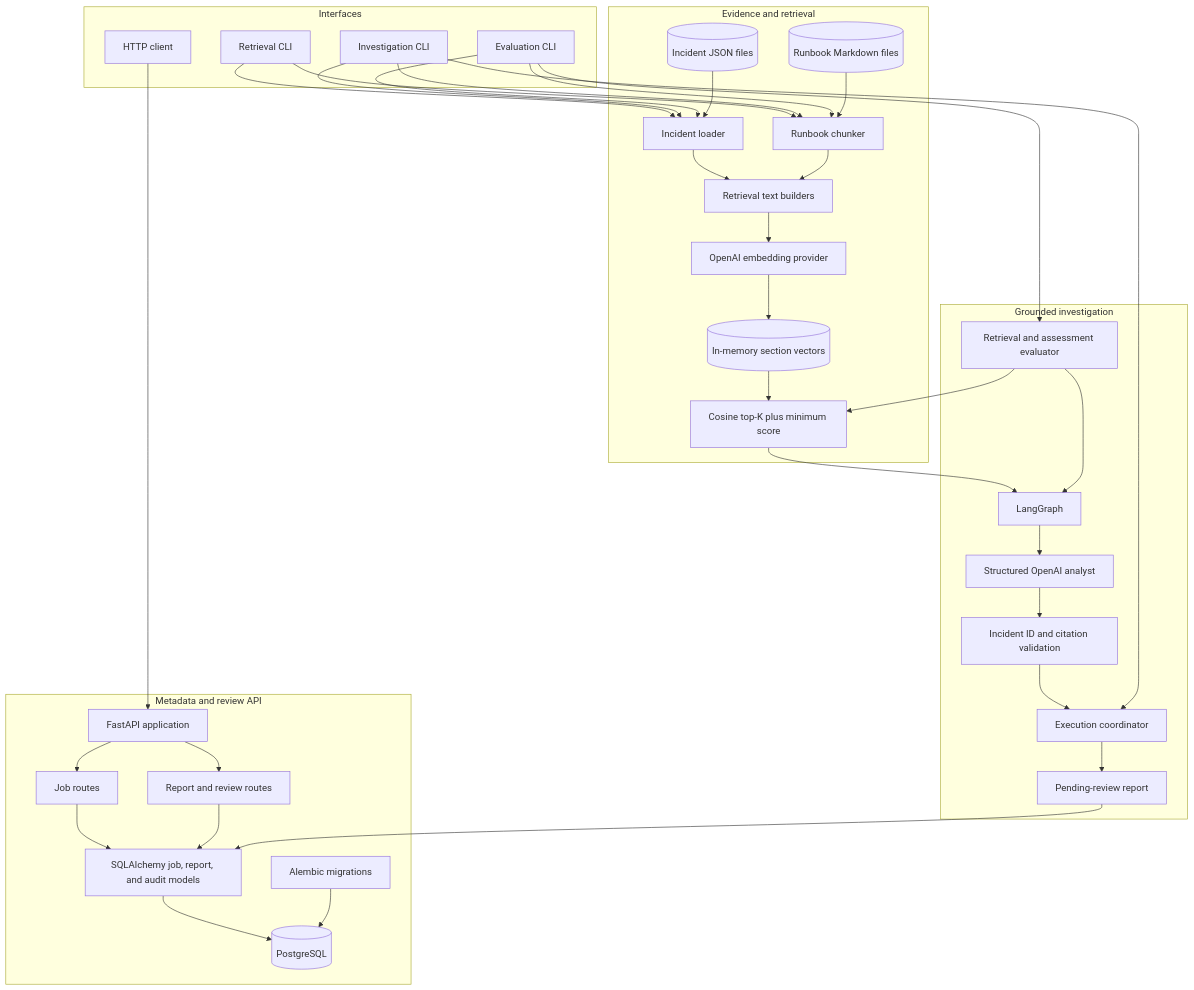
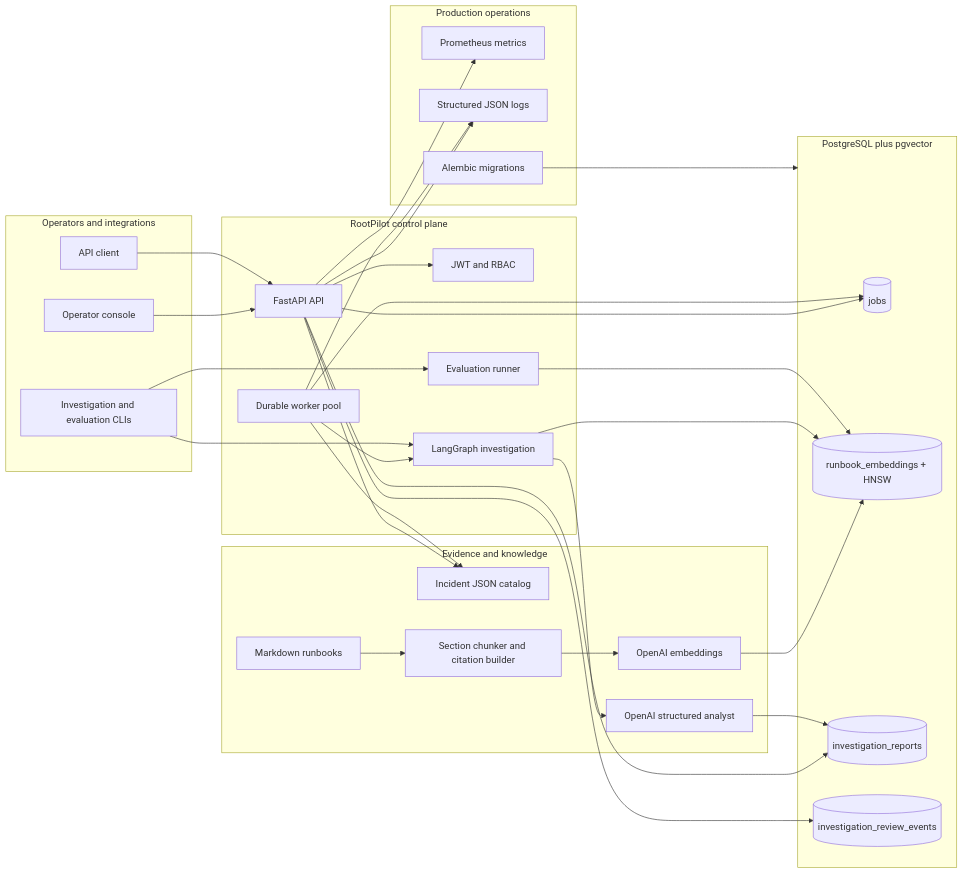
One commit to shreyas671/RootPilot changed the first of 3 diagrams in README.md. Above: the diagram before and after it, drawn with Mermaid. The commit also changed other lines of this file and 103 other files, not shown here.

Commit message:
Complete production RootPilot platform

````diff
--- a/README.md
+++ b/README.md
@@ -188,70 +48,61 @@
 ```mermaid
-flowchart TD
-    subgraph Interfaces[Interfaces]
-        HTTP[HTTP client]
-        RCLI[Retrieval CLI]
-        ICLI[Investigation CLI]
-        ECLI[Evaluation CLI]
+flowchart LR
+    subgraph Users[Operators and integrations]
+        UI[Operator console]
+        CLIENT[API client]
+        CLI[Investigation and evaluation CLIs]
     end
 
-    subgraph Metadata[Metadata and review API]
-        API[FastAPI application]
-        JOBAPI[Job routes]
-        REPORTAPI[Report and review routes]
-        ORM[SQLAlchemy job, report, and audit models]
-        DB[(PostgreSQL)]
-        MIG[Alembic migrations]
+    subgraph Control[RootPilot control plane]
+        API[FastAPI API]
+        AUTH[JWT and RBAC]
+        WORKER[Durable worker pool]
+        GRAPH[LangGraph investigation]
+        EVAL[Evaluation runner]
     end
 
-    subgraph Evidence[Evidence and retrieval]
-        IFIX[(Incident JSON files)]
-        RFILES[(Runbook Markdown files)]
-        ILOAD[Incident loader]
-        RLOAD[Runbook chunker]
-        TEXT[Retrieval text builders]
-        EMBED[OpenAI embedding provider]
-        MEMORY[(In-memory section vectors)]
-        COS[Cosine top-K plus minimum score]
+    subgraph Knowledge[Evidence and knowledge]
+        INCIDENTS[Incident JSON catalog]
+        RUNBOOKS[Markdown runbooks]
+        CHUNKS[Section chunker and citation builder]
+        EMBED[OpenAI embeddings]
+        ANALYST[OpenAI structured analyst]
     end
 
-    subgraph Investigation[Grounded investigation]
-        GRAPH[LangGraph]
-        ANALYST[Structured OpenAI analyst]
-        VALIDATE[Incident ID and citation validation]
-        EXEC[Execution coordinator]
-        REPORT[Pending-review report]
-        EVAL[Retrieval and assessment evaluator]
+    subgraph Data[PostgreSQL plus pgvector]
+        JOBS[(jobs)]
+        VECTORS[(runbook_embeddings + HNSW)]
+        REPORTS[(investigation_reports)]
+        EVENTS[(investigation_review_events)]
     end
 
-    HTTP --> API
-    API --> JOBAPI
-    API --> REPORTAPI
-    JOBAPI --> ORM
-    REPORTAPI --> ORM
-    ORM --> DB
-    MIG --> DB
+    subgraph Ops[Production operations]
+        METRICS[Prometheus metrics]
+        LOGS[Structured JSON logs]
+        MIGRATIONS[Alembic migrations]
+    end
 
-    RCLI --> ILOAD
-    RCLI --> RLOAD
-    ICLI --> ILOAD
-    ICLI --> RLOAD
-    ECLI --> ILOAD
-    ECLI --> RLOAD
-    IFIX --> ILOAD
-    RFILES --> RLOAD
-    ILOAD --> TEXT
-    RLOAD --> TEXT
-    TEXT --> EMBED
-    EMBED --> MEMORY
-    MEMORY --> COS
-    COS --> GRAPH
+    UI --> API
+    CLIENT --> API
+    API --> AUTH
+    API --> INCIDENTS
+    API --> JOBS
+    API --> REPORTS
+    API --> EVENTS
+    WORKER --> JOBS
+    WORKER --> INCIDENTS
+    RUNBOOKS --> CHUNKS
+    CHUNKS --> EMBED
+    EMBED --> VECTORS
+    WORKER --> GRAPH
+    GRAPH --> VECTORS
     GRAPH --> ANALYST
-    ANALYST --> VALIDATE
-    VALIDATE --> EXEC
-    ICLI --> EXEC
-    EXEC --> REPORT
-    REPORT --> ORM
-    ECLI --> EVAL
-    EVAL --> COS
-    EVAL --> GRAPH
+    ANALYST --> REPORTS
+    CLI --> GRAPH
+    CLI --> EVAL
+    EVAL --> VECTORS
+    API --> METRICS
+    API --> LOGS
+    WORKER --> LOGS
+    MIGRATIONS --> Data
 ```
````
